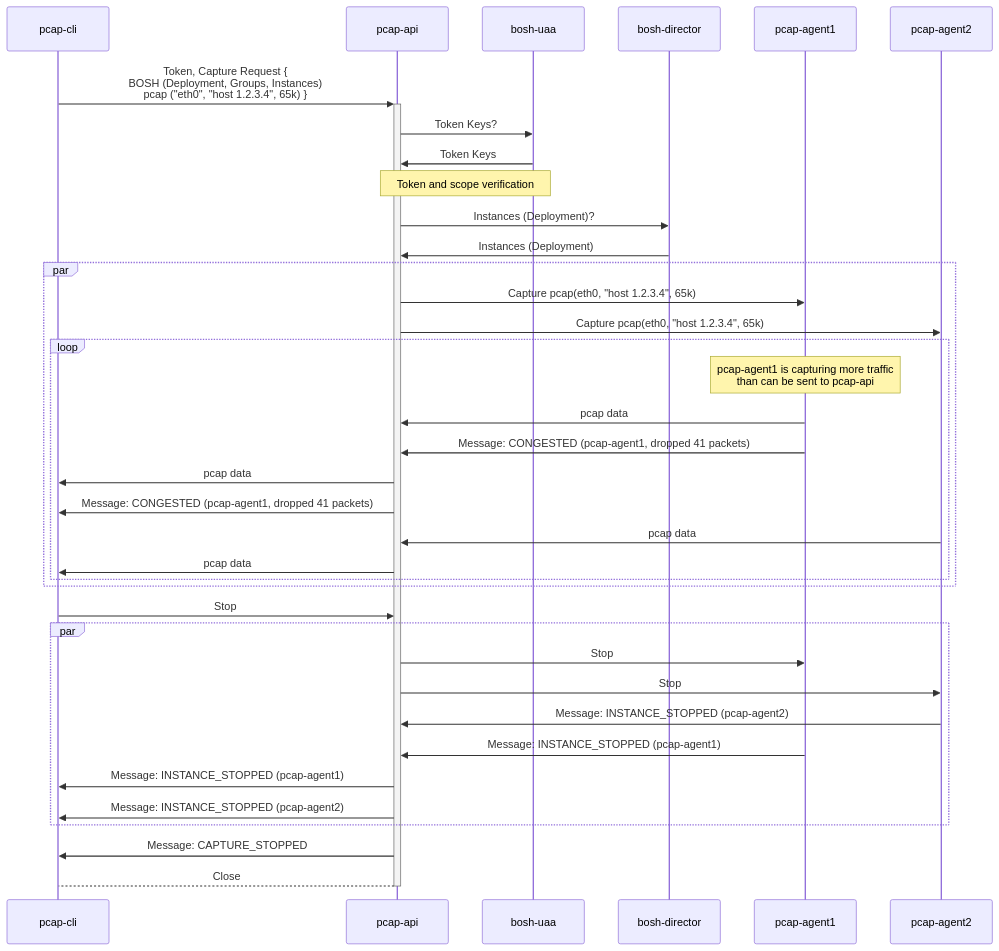
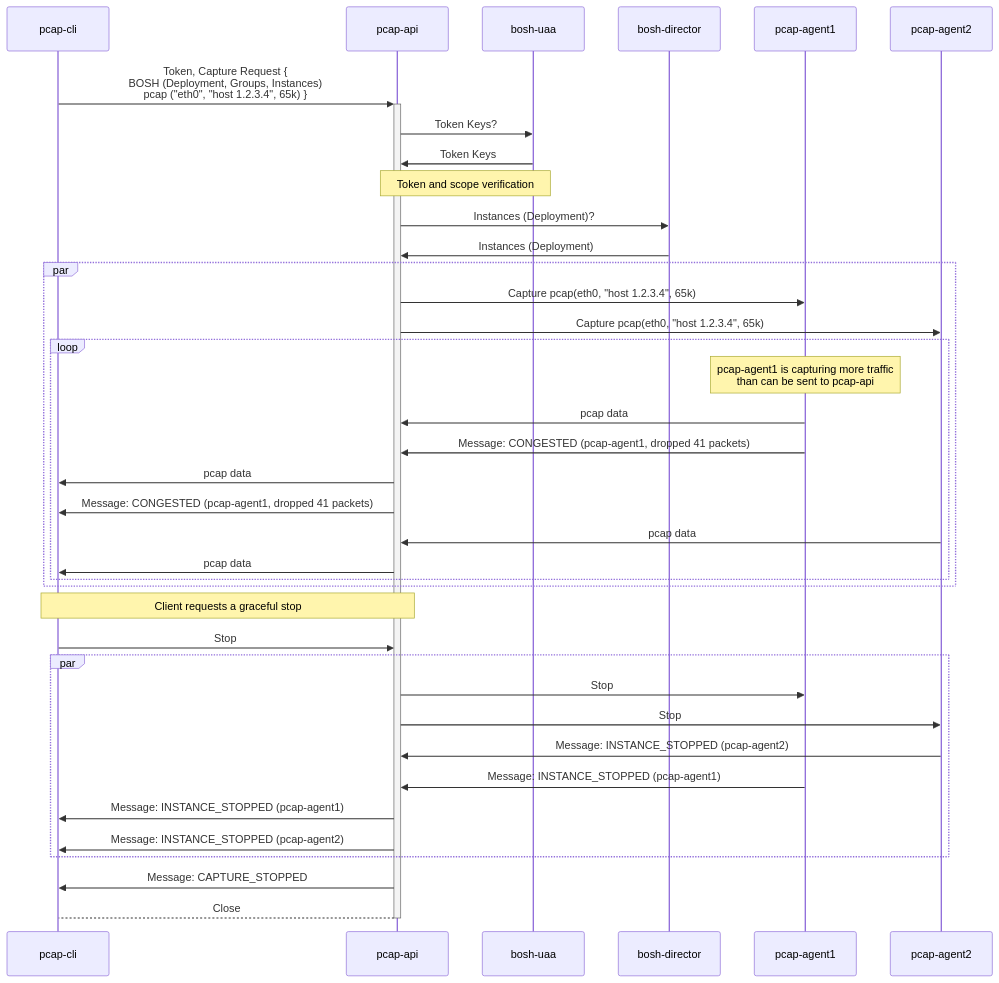
One commit to cloudfoundry/pcap-release changed diagram 25 of 26 in docs/api-communication-spec.md. Above: the diagram before and after it, drawn with Mermaid. The commit also changed other lines of this file, not shown here.

Commit message:
docs(api): add TOC and adapt message to native termination status

````diff
--- a/docs/api-communication-spec.md
+++ b/docs/api-communication-spec.md
@@ -913,34 +963,35 @@
 ```mermaid
 sequenceDiagram
     pcap-cli ->>+ pcap-api: Token, Capture Request {<br/>BOSH (Deployment, Groups, Instances)<br/>pcap ("eth0", "host 1.2.3.4", 65k) }
     pcap-api ->> bosh-uaa: Token Keys?
     bosh-uaa ->> pcap-api: Token Keys
     note over pcap-api, bosh-uaa: Token and scope verification    
     pcap-api ->> bosh-director: Instances (Deployment)?
     bosh-director ->> pcap-api: Instances (Deployment)
     par
         pcap-api ->> pcap-agent1: Capture pcap(eth0, "host 1.2.3.4", 65k)
         pcap-api ->> pcap-agent2: Capture pcap(eth0, "host 1.2.3.4", 65k)
         loop
             note over pcap-agent1: pcap-agent1 is capturing more traffic<br/>than can be sent to pcap-api
             pcap-agent1 ->> pcap-api: pcap data
             pcap-agent1 ->> pcap-api: Message: CONGESTED (pcap-agent1, dropped 41 packets)
             pcap-api ->> pcap-cli: pcap data
             pcap-api ->> pcap-cli: Message: CONGESTED (pcap-agent1, dropped 41 packets)
             pcap-agent2 ->> pcap-api: pcap data
             pcap-api ->> pcap-cli: pcap data
         end
     end
+    note over pcap-cli, pcap-api: Client requests a graceful stop
     pcap-cli ->> pcap-api: Stop
     par
         pcap-api ->> pcap-agent1: Stop
         pcap-api ->> pcap-agent2: Stop
-    pcap-agent2 ->> pcap-api: Message: INSTANCE_STOPPED (pcap-agent2)
-    pcap-agent1 ->> pcap-api: Message: INSTANCE_STOPPED (pcap-agent1)
-    pcap-api ->> pcap-cli: Message: INSTANCE_STOPPED (pcap-agent1)
-    pcap-api ->> pcap-cli: Message: INSTANCE_STOPPED (pcap-agent2)
+        pcap-agent2 ->> pcap-api: Message: INSTANCE_STOPPED (pcap-agent2)
+        pcap-agent1 ->> pcap-api: Message: INSTANCE_STOPPED (pcap-agent1)
+        pcap-api ->> pcap-cli: Message: INSTANCE_STOPPED (pcap-agent1)
+        pcap-api ->> pcap-cli: Message: INSTANCE_STOPPED (pcap-agent2)
     end
 
     pcap-api ->> pcap-cli: Message: CAPTURE_STOPPED
     pcap-api -->- pcap-cli: Close
 ```
````
